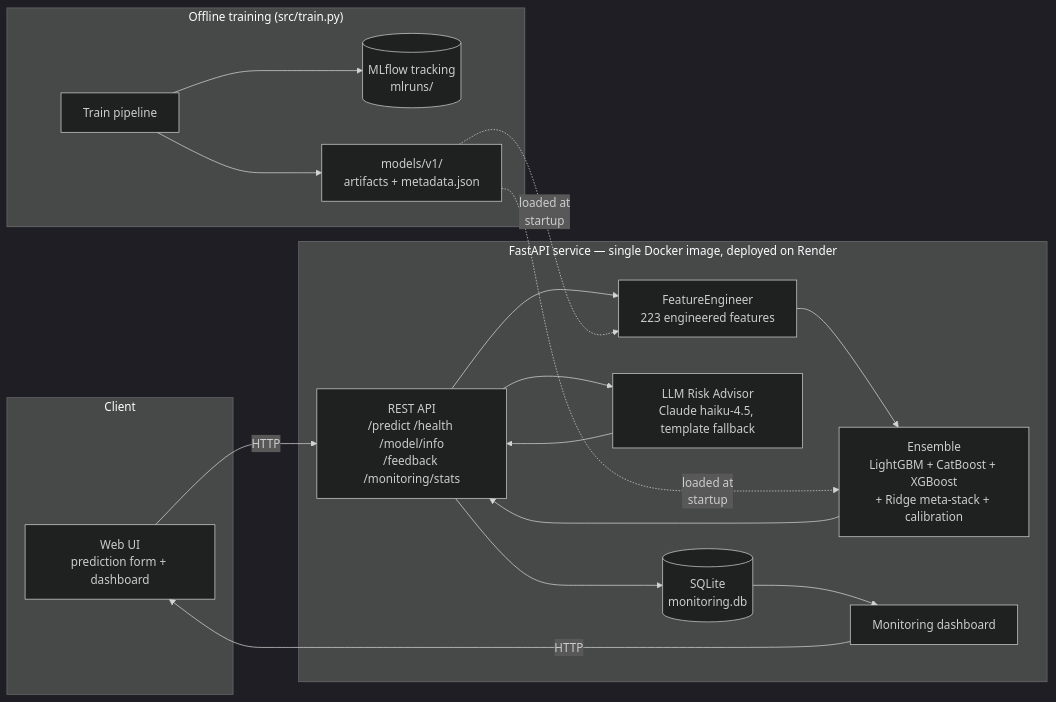
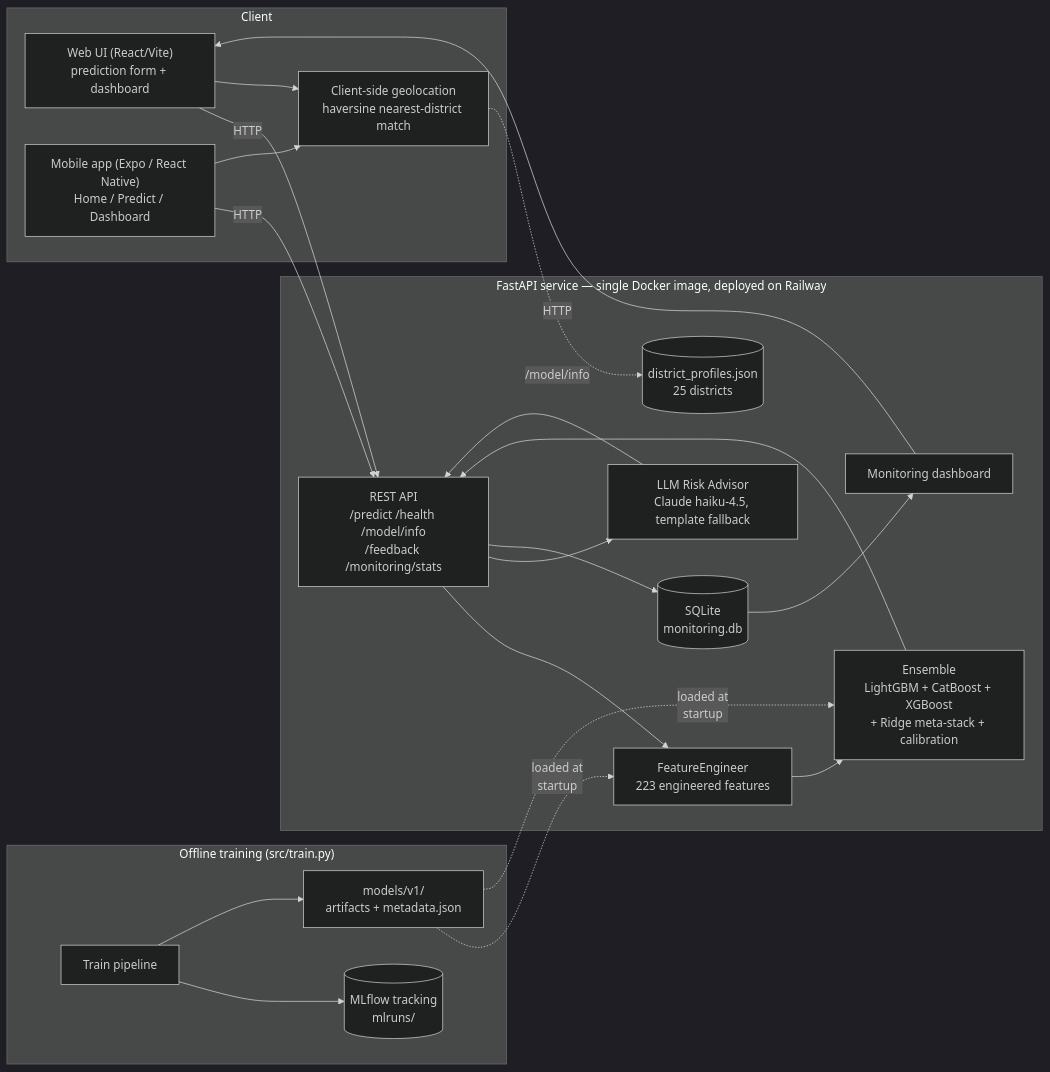
The diagram in docs/technical_report.md (malika1234m/flood-guard-ai), drawn with Mermaid (dark theme) before and after one commit. The commit also changed other lines of this file and 10 other files, not shown here.

````diff
--- a/docs/technical_report.md
+++ b/docs/technical_report.md
@@ -104,31 +107,38 @@
 ```mermaid
 flowchart LR
     subgraph Client
-        UI[Web UI\nprediction form + dashboard]
+        UI["Web UI (React/Vite)\nprediction form + dashboard"]
+        MOB["Mobile app (Expo / React Native)\nHome / Predict / Dashboard"]
+        GEO["Client-side geolocation\nhaversine nearest-district match"]
     end
 
-    subgraph svc ["FastAPI service — single Docker image, deployed on Render"]
+    subgraph svc ["FastAPI service — single Docker image, deployed on Railway"]
         API[REST API\n/predict /health /model/info\n/feedback /monitoring/stats]
+        DP[(district_profiles.json\n25 districts)]
         FE[FeatureEngineer\n223 engineered features]
         ENS["Ensemble\nLightGBM + CatBoost + XGBoost\n+ Ridge meta-stack + calibration"]
         LLM["LLM Risk Advisor\nClaude haiku-4.5, template fallback"]
         MON[(SQLite\nmonitoring.db)]
         DASH[Monitoring dashboard]
     end
 
     UI -- "HTTP" --> API
+    MOB -- "HTTP" --> API
+    UI --> GEO
+    MOB --> GEO
+    GEO -. "/model/info" .-> DP
     API --> FE --> ENS --> API
     API --> LLM --> API
     API --> MON --> DASH
     DASH -- "HTTP" --> UI
 
     subgraph offline ["Offline training (src/train.py)"]
         TRAIN[Train pipeline]
         MLF[(MLflow tracking\nmlruns/)]
         ART["models/v1/\nartifacts + metadata.json"]
     end
     TRAIN --> MLF
     TRAIN --> ART
     ART -. "loaded at\nstartup" .-> FE
     ART -. "loaded at\nstartup" .-> ENS
 ```
````
